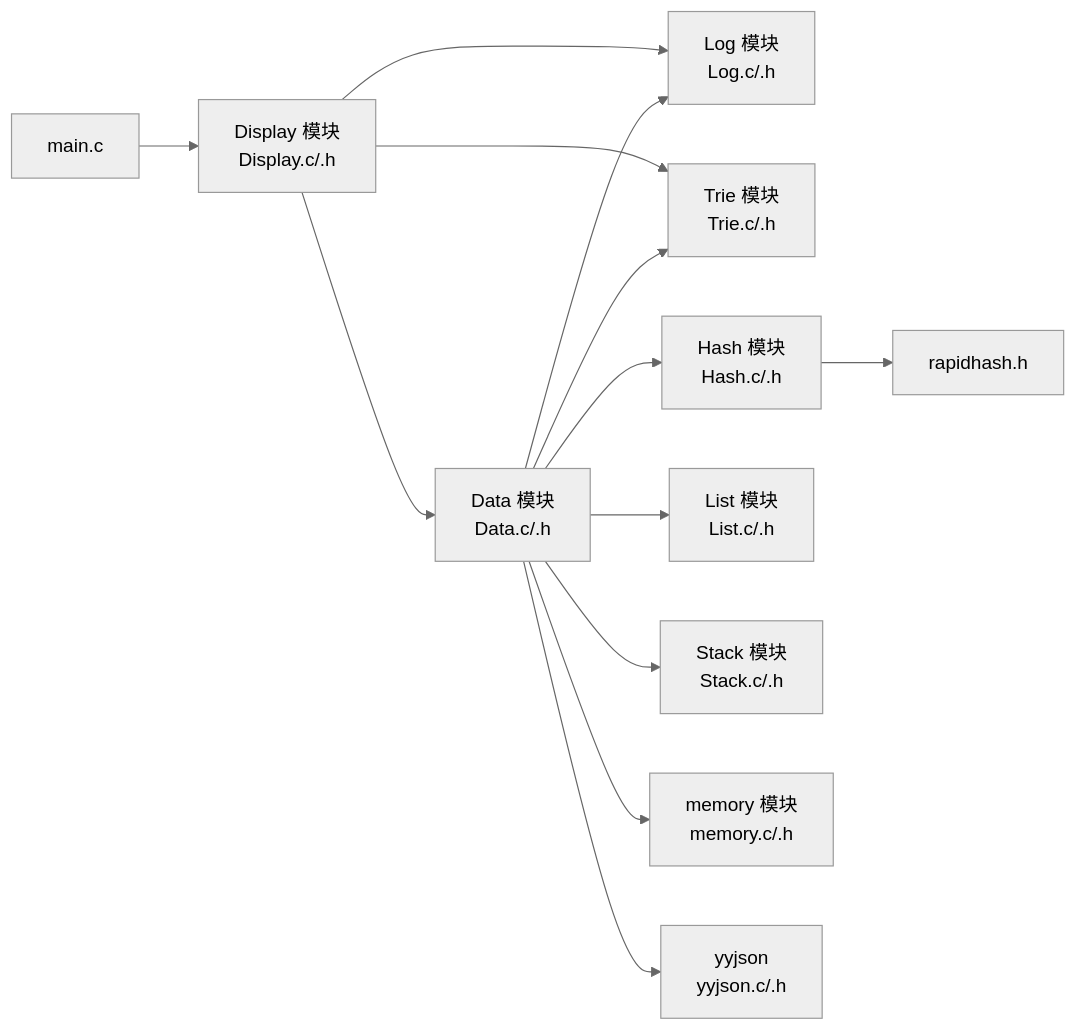
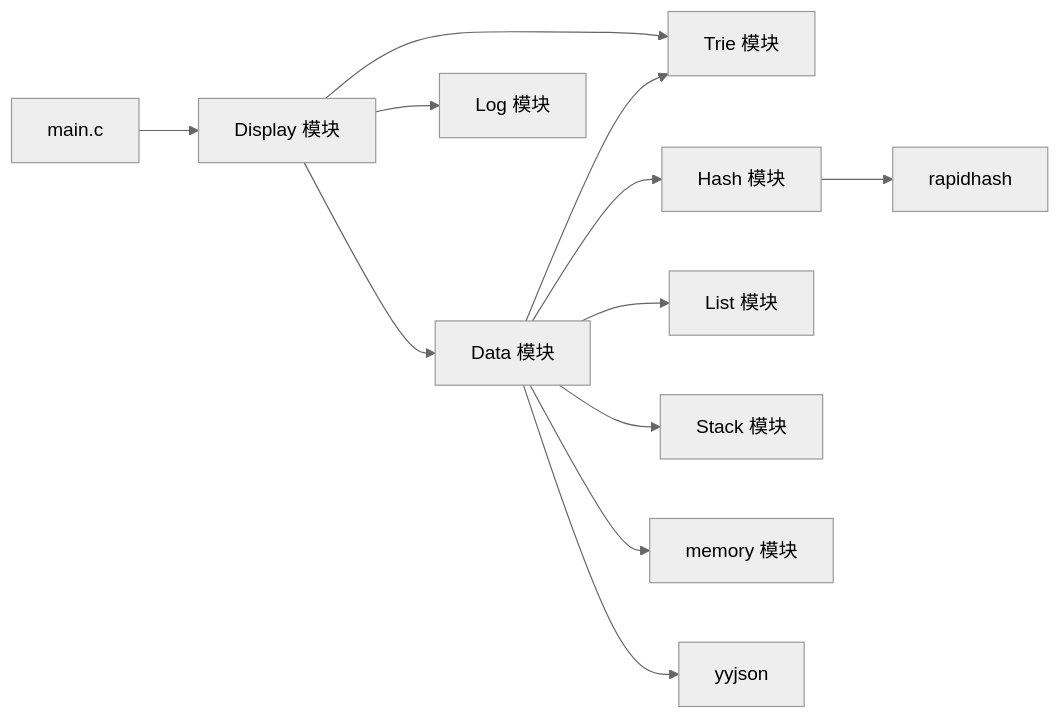
One commit to ltdq/Homework changed the first of 2 diagrams in README.md. Above: the diagram before and after it, drawn with Mermaid (neutral theme). The commit also changed other lines of this file and 13 other files, not shown here.

````diff
--- a/README.md
+++ b/README.md
@@ -25,18 +42,16 @@
 ```mermaid
 flowchart LR
-	MAIN[main.c] --> DISP[Display 模块<br>Display.c/.h]
+	MAIN[main.c] --> DISP[Display 模块]
+	DISP --> DATA[Data 模块]
+	DISP --> LOG[Log 模块]
+	DISP --> TRIE[Trie 模块]
 
-	DISP --> DATA[Data 模块<br>Data.c/.h]
-	DISP --> LOG[Log 模块<br>Log.c/.h]
-	DISP --> TRIE[Trie 模块<br>Trie.c/.h]
+	DATA --> HASH[Hash 模块]
+	DATA --> LIST[List 模块]
+	DATA --> STACK[Stack 模块]
+	DATA --> TRIE
+	DATA --> MEM[memory 模块]
+	DATA --> JSON[yyjson]
 
-	DATA --> HASH[Hash 模块<br>Hash.c/.h]
-	DATA --> LIST[List 模块<br>List.c/.h]
-	DATA --> STACK[Stack 模块<br>Stack.c/.h]
-	DATA --> TRIE
-	DATA --> LOG
-	DATA --> MEM[memory 模块<br>memory.c/.h]
-	DATA --> JSON[yyjson<br>yyjson.c/.h]
-
-	HASH --> RH[rapidhash.h]
+	HASH --> RH[rapidhash]
 ```
````
